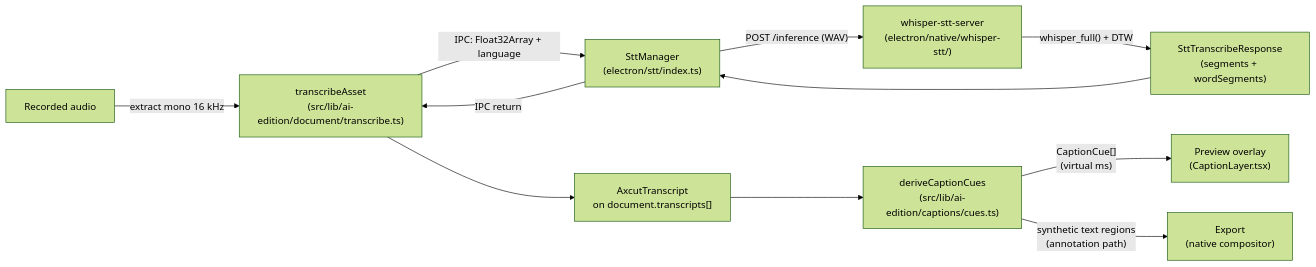
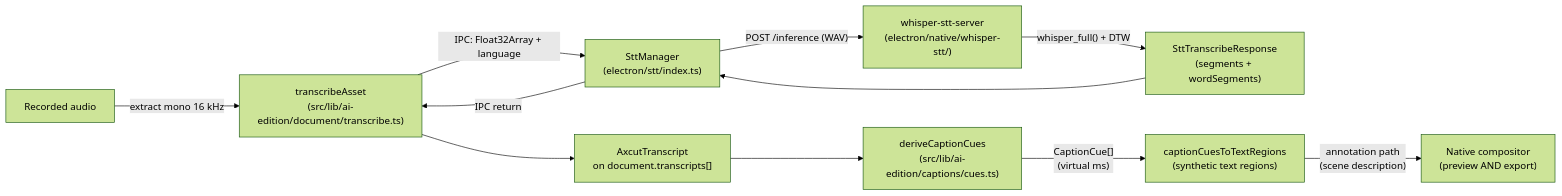
Before and after one commit to EtienneLescot/openscreen: the diagram in technical-documentation/architecture/transcription-and-captions.md, drawn with Mermaid (forest theme). The commit also changed other lines of this file, not shown here.

````diff
--- a/technical-documentation/architecture/transcription-and-captions.md
+++ b/technical-documentation/architecture/transcription-and-captions.md
@@ -14,13 +14,13 @@
 ```mermaid
 flowchart LR
     A["Recorded audio"] -- "extract mono 16 kHz" --> B["transcribeAsset<br/>(src/lib/ai-edition/document/transcribe.ts)"]
     B -- "IPC: Float32Array + language" --> C["SttManager<br/>(electron/stt/index.ts)"]
     C -- "POST /inference (WAV)" --> D["whisper-stt-server<br/>(electron/native/whisper-stt/)"]
     D -- "whisper_full() + DTW" --> E["SttTranscribeResponse<br/>(segments + wordSegments)"]
     E --> C
     C -- "IPC return" --> B
     B --> F["AxcutTranscript<br/>on document.transcripts[]"]
     F --> G["deriveCaptionCues<br/>(src/lib/ai-edition/captions/cues.ts)"]
-    G -- "CaptionCue[]<br/>(virtual ms)" --> H["Preview overlay<br/>(CaptionLayer.tsx)"]
-    G -- "synthetic text regions<br/>(annotation path)" --> I["Export<br/>(native compositor)"]
+    G -- "CaptionCue[]<br/>(virtual ms)" --> H["captionCuesToTextRegions<br/>(synthetic text regions)"]
+    H -- "annotation path<br/>(scene description)" --> I["Native compositor<br/>(preview AND export)"]
 ```
````
